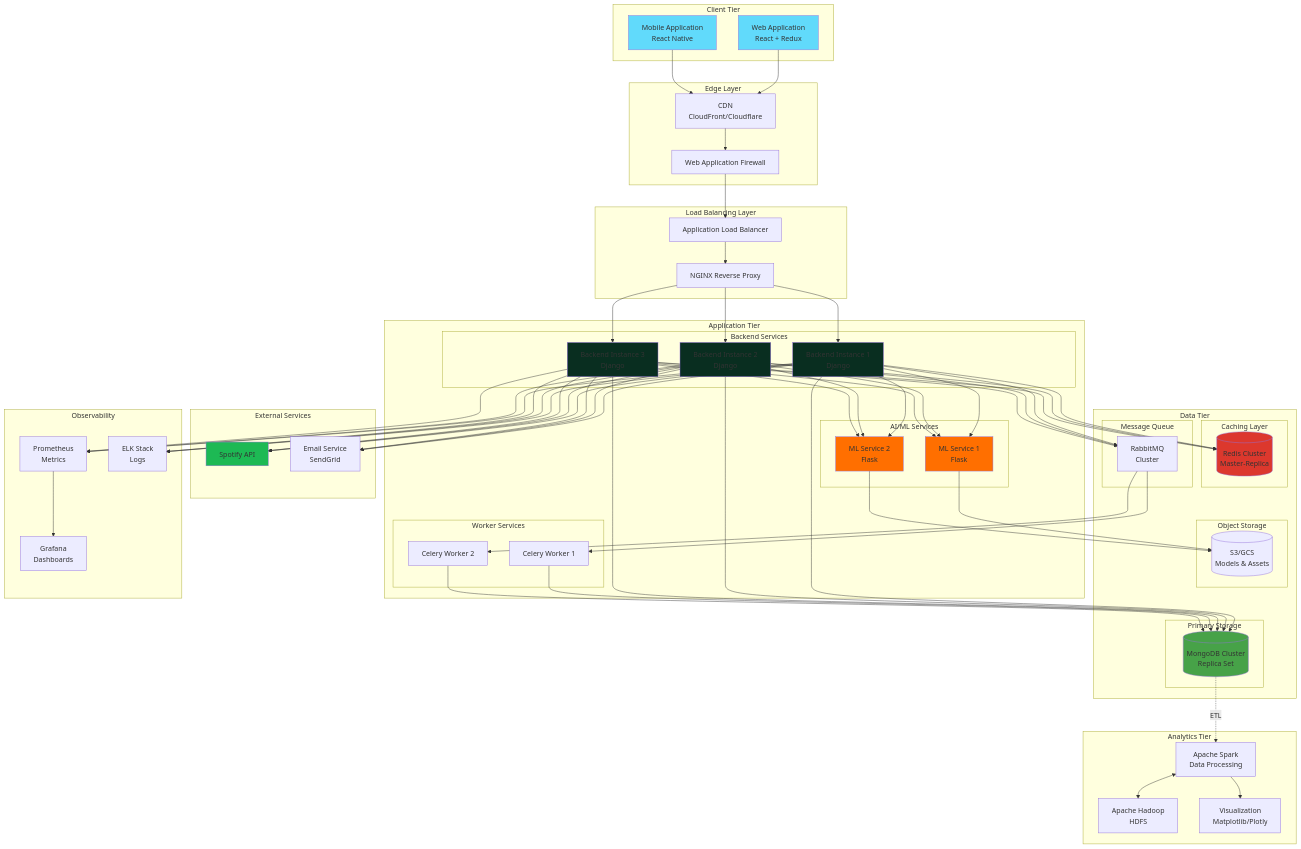
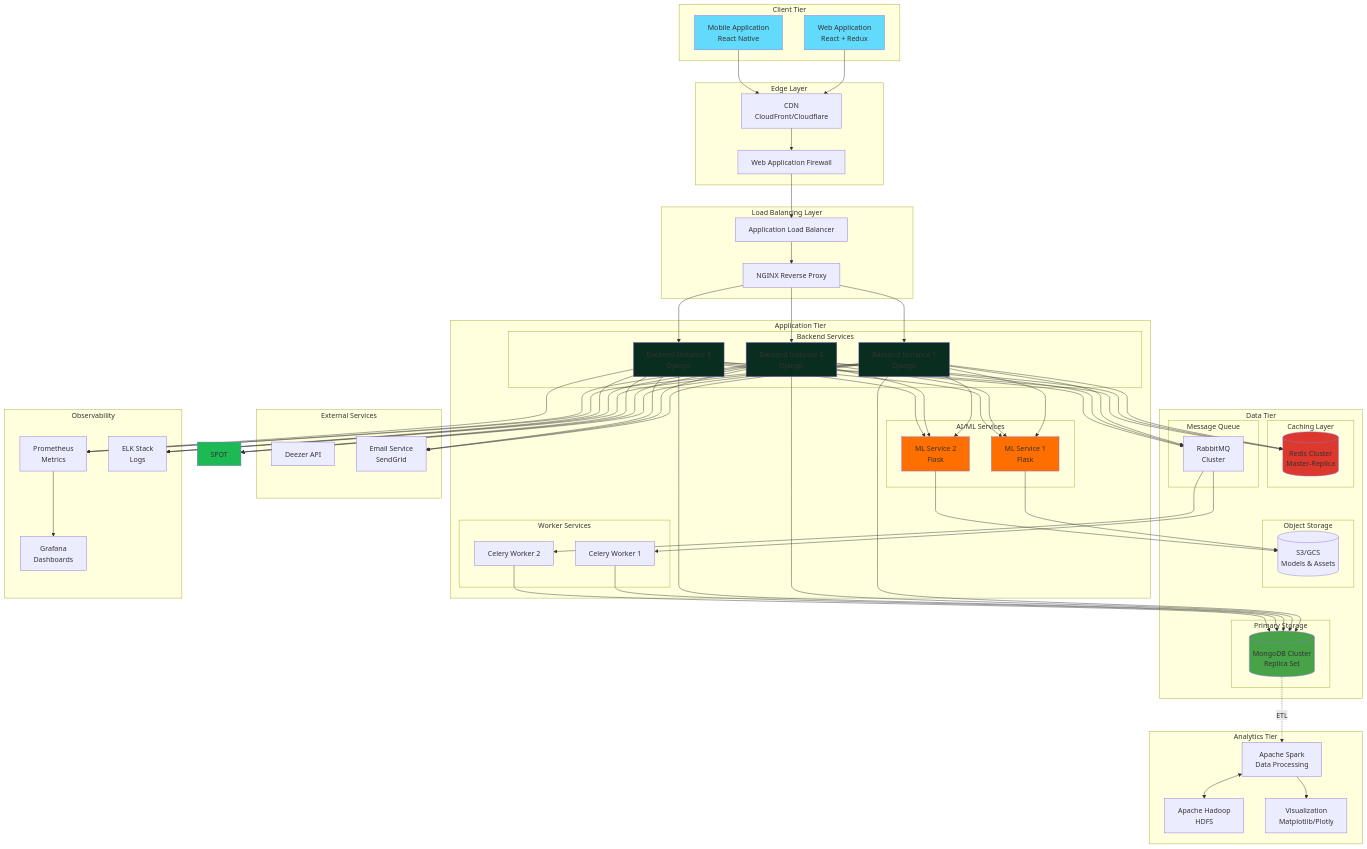
The second of 17 diagrams in ARCHITECTURE.md (hoangsonww/Moodify-Emotion-Music-App), drawn with Mermaid before and after one commit. The commit also changed other lines of this file and 4 other files, not shown here.

```diff
--- a/ARCHITECTURE.md
+++ b/ARCHITECTURE.md
@@ -156,7 +156,7 @@
     end
 
     subgraph "External Services"
-        SPOT[Spotify API]
+        DEEZER[Deezer API]
         MAIL[Email Service<br/>SendGrid]
     end
 
```
